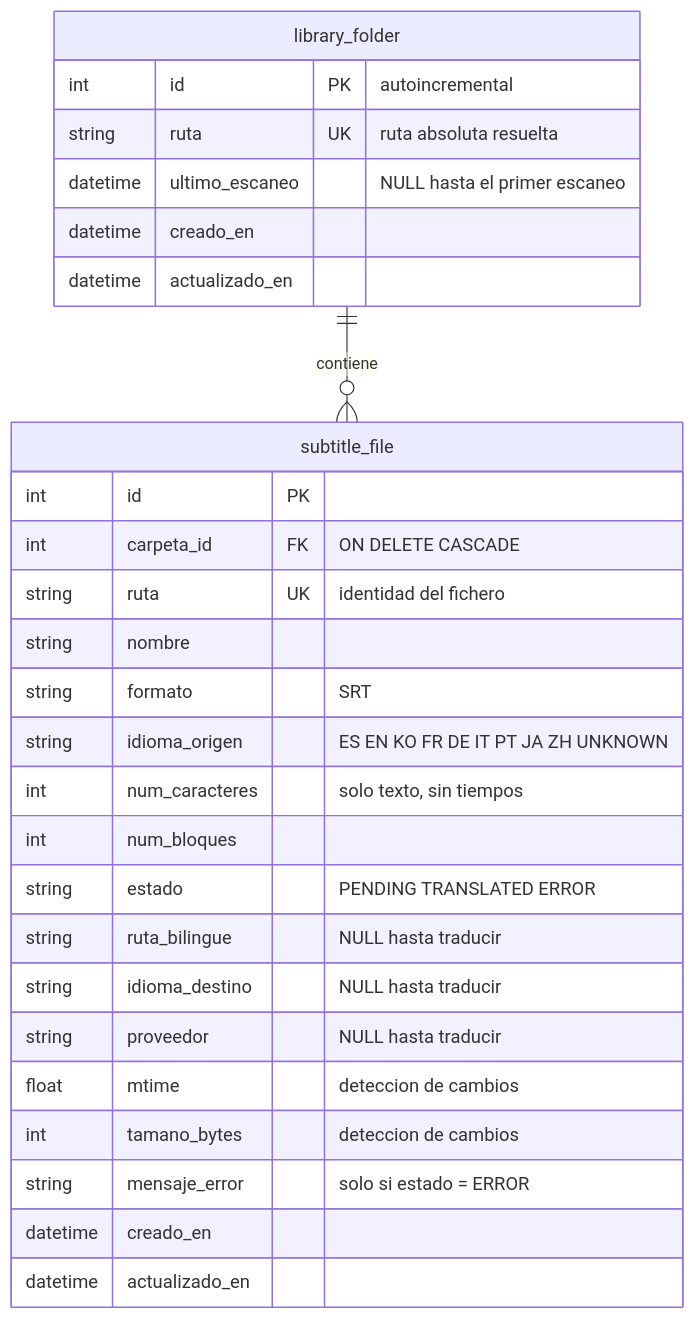
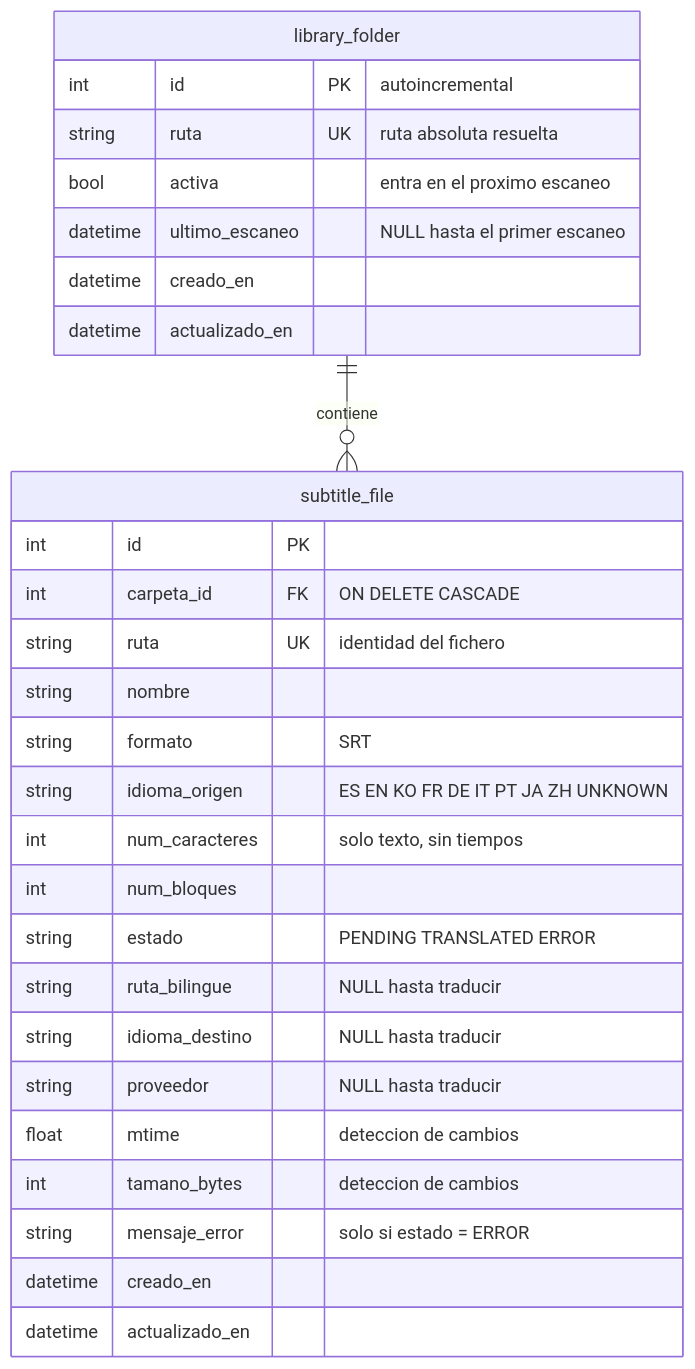
One commit to C4rl3s/srt-bilingual changed the diagram in docs/modelo-datos.md. Above: the diagram before and after it, drawn with Mermaid. The commit also changed other lines of this file and 41 other files, not shown here.

````diff
--- a/docs/modelo-datos.md
+++ b/docs/modelo-datos.md
@@ -26,32 +27,33 @@
 ```mermaid
 erDiagram
     library_folder ||--o{ subtitle_file : "contiene"
 
     library_folder {
         int      id             PK "autoincremental"
         string   ruta           UK "ruta absoluta resuelta"
+        bool     activa            "entra en el proximo escaneo"
         datetime ultimo_escaneo    "NULL hasta el primer escaneo"
         datetime creado_en
         datetime actualizado_en
     }
 
     subtitle_file {
         int      id             PK
         int      carpeta_id     FK "ON DELETE CASCADE"
         string   ruta           UK "identidad del fichero"
         string   nombre
         string   formato           "SRT"
         string   idioma_origen     "ES EN KO FR DE IT PT JA ZH UNKNOWN"
         int      num_caracteres    "solo texto, sin tiempos"
         int      num_bloques
         string   estado            "PENDING TRANSLATED ERROR"
         string   ruta_bilingue     "NULL hasta traducir"
         string   idioma_destino    "NULL hasta traducir"
         string   proveedor         "NULL hasta traducir"
         float    mtime             "deteccion de cambios"
         int      tamano_bytes      "deteccion de cambios"
         string   mensaje_error     "solo si estado = ERROR"
         datetime creado_en
         datetime actualizado_en
     }
 ```
````
